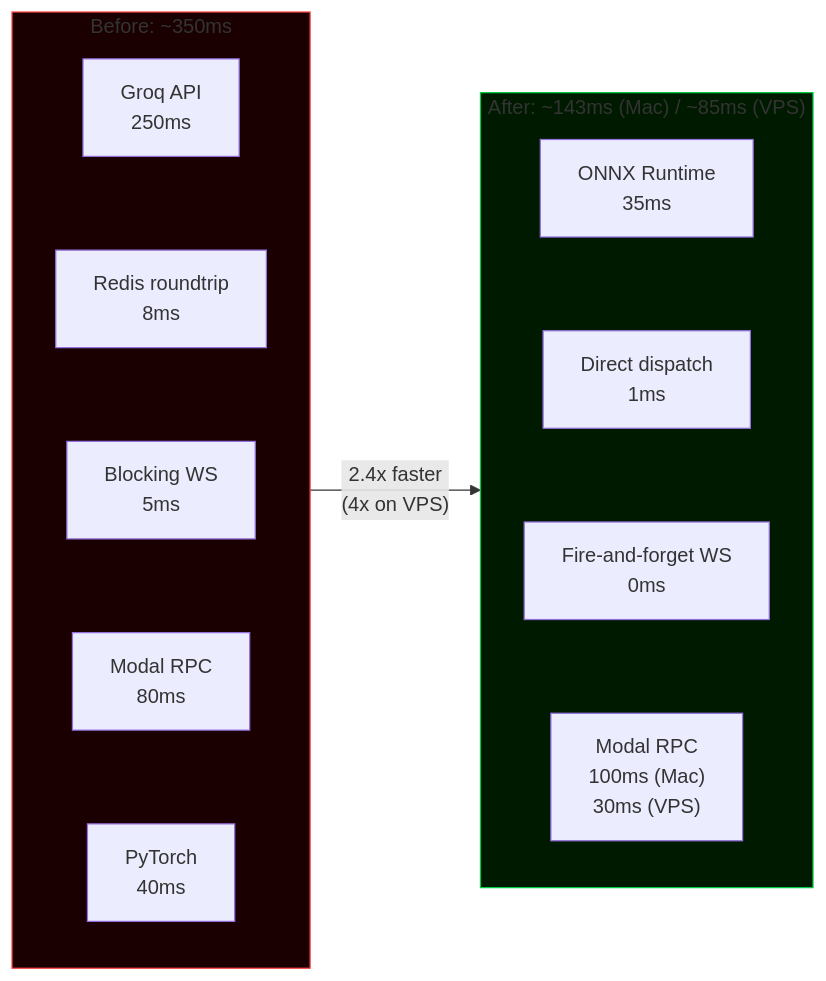
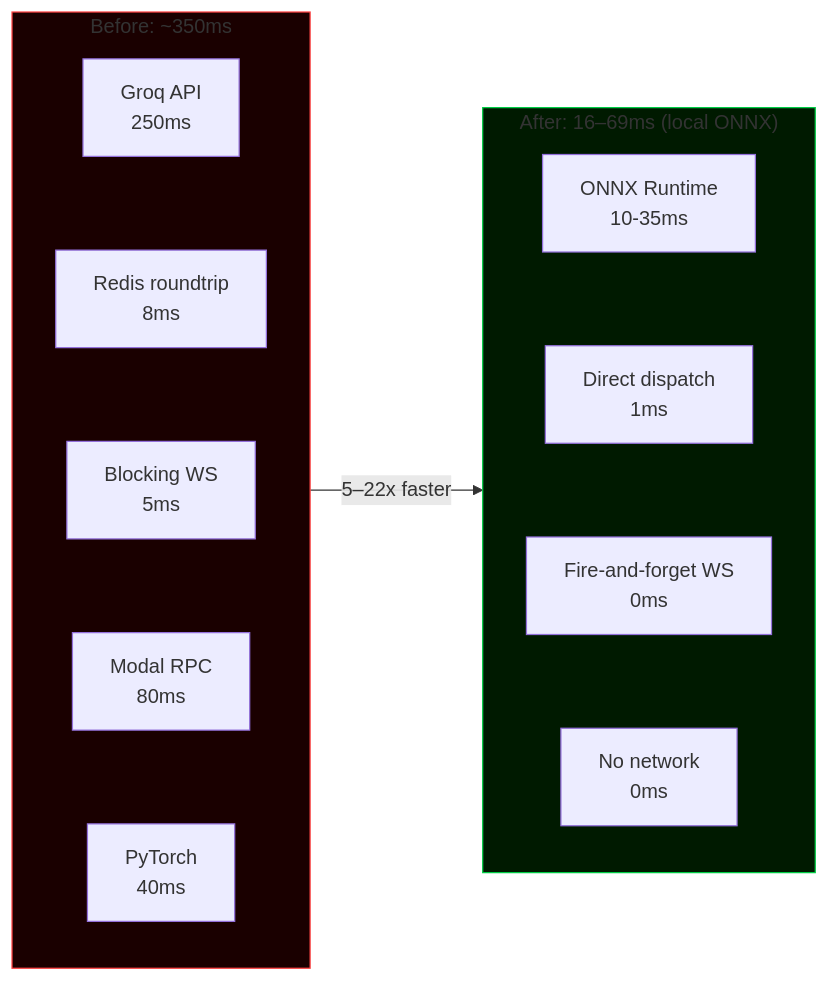
Diagram 15 of 16 in ARCHITECTURE.md (ArslanKamchybekov/trademaxxer), drawn with Mermaid before and after one commit. The commit also changed other lines of this file and 7 other files, not shown here.

Commit message:
feat(inference): implement local ONNX inference to eliminate Modal RPC overhead, achieving end-to-end latency of 16–69ms; update architecture documentation and performance metrics in README and DEVLOG to reflect significant improvements in processing speed and efficiency

````diff
--- a/ARCHITECTURE.md
+++ b/ARCHITECTURE.md
@@ -424,22 +446,22 @@
 ```mermaid
 graph LR
     subgraph Before["Before: ~350ms"]
         direction TB
         B1["Groq API<br/>250ms"] ~~~ B2["Redis roundtrip<br/>8ms"]
         B2 ~~~ B3["Blocking WS<br/>5ms"]
         B3 ~~~ B4["Modal RPC<br/>80ms"]
         B4 ~~~ B5["PyTorch<br/>40ms"]
     end
 
-    subgraph After["After: ~143ms (Mac) / ~85ms (VPS)"]
+    subgraph After["After: 16–69ms (local ONNX)"]
         direction TB
-        A1["ONNX Runtime<br/>35ms"] ~~~ A2["Direct dispatch<br/>1ms"]
+        A1["ONNX Runtime<br/>10-35ms"] ~~~ A2["Direct dispatch<br/>1ms"]
         A2 ~~~ A3["Fire-and-forget WS<br/>0ms"]
-        A3 ~~~ A4["Modal RPC<br/>100ms (Mac)<br/>30ms (VPS)"]
+        A3 ~~~ A4["No network<br/>0ms"]
     end
 
-    Before -->|"2.4x faster<br/>(4x on VPS)"| After
+    Before -->|"5–22x faster"| After
 
     style Before fill:#1a0000,stroke:#ff4444
     style After fill:#001a00,stroke:#00cc44
 ```
````
